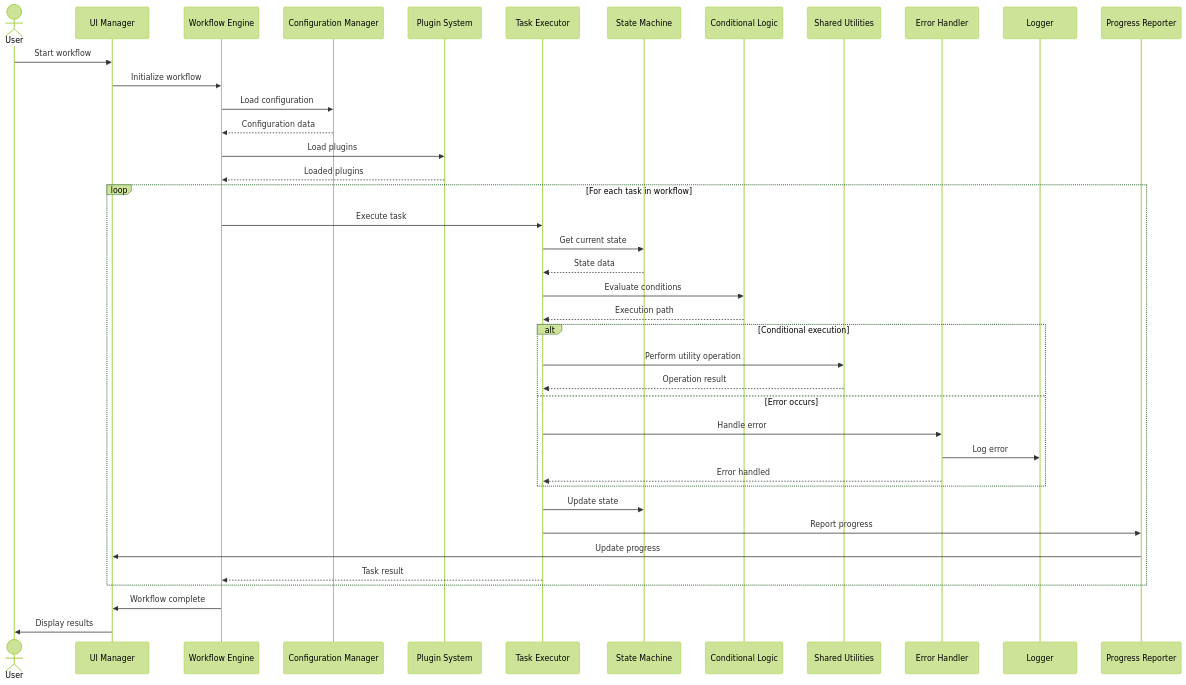
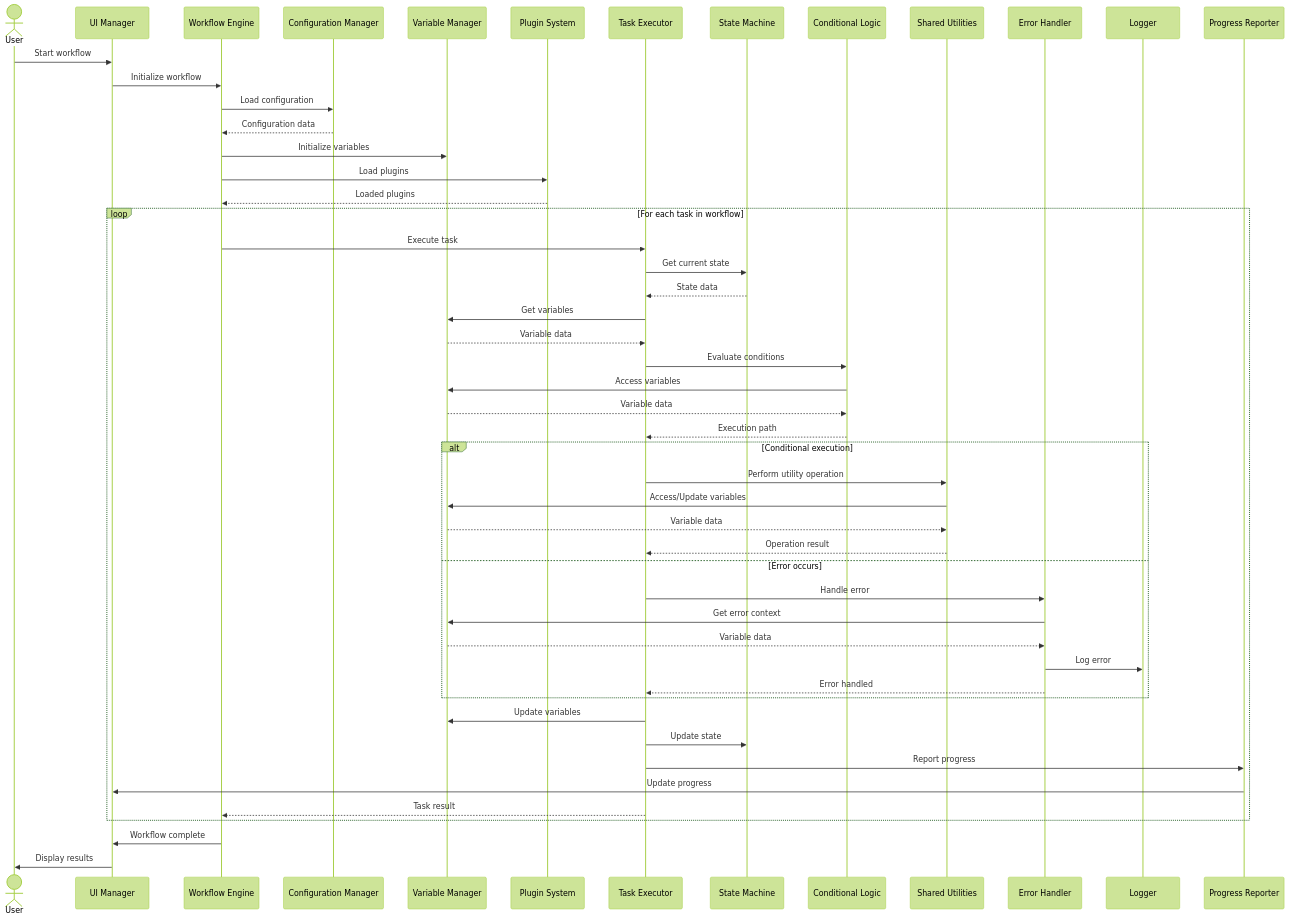
Before and after one commit to jimmc414/TAOv2: the diagram in sequence_diagram.md, drawn with Mermaid (forest theme). The commit also changed other lines of this file and 1 other file, not shown here.

Commit message:
updated sequence description

````diff
--- a/sequence_diagram.md
+++ b/sequence_diagram.md
@@ -66,47 +77,58 @@
 ```mermaid
 sequenceDiagram
     actor User
     participant UI as UI Manager
     participant WE as Workflow Engine
     participant CM as Configuration Manager
+    participant VM as Variable Manager
     participant PS as Plugin System
     participant TE as Task Executor
     participant SM as State Machine
     participant CL as Conditional Logic
     participant SU as Shared Utilities
     participant EH as Error Handler
     participant L as Logger
     participant PR as Progress Reporter
 
     User->>UI: Start workflow
     UI->>WE: Initialize workflow
     WE->>CM: Load configuration
     CM-->>WE: Configuration data
+    WE->>VM: Initialize variables
     WE->>PS: Load plugins
     PS-->>WE: Loaded plugins
 
     loop For each task in workflow
         WE->>TE: Execute task
         TE->>SM: Get current state
         SM-->>TE: State data
+        TE->>VM: Get variables
+        VM-->>TE: Variable data
         TE->>CL: Evaluate conditions
+        CL->>VM: Access variables
+        VM-->>CL: Variable data
         CL-->>TE: Execution path
         
         alt Conditional execution
             TE->>SU: Perform utility operation
+            SU->>VM: Access/Update variables
+            VM-->>SU: Variable data
             SU-->>TE: Operation result
         else Error occurs
             TE->>EH: Handle error
+            EH->>VM: Get error context
+            VM-->>EH: Variable data
             EH->>L: Log error
             EH-->>TE: Error handled
         end
 
+        TE->>VM: Update variables
         TE->>SM: Update state
         TE->>PR: Report progress
         PR->>UI: Update progress
         TE-->>WE: Task result
     end
 
     WE->>UI: Workflow complete
     UI->>User: Display results
 ```
````
